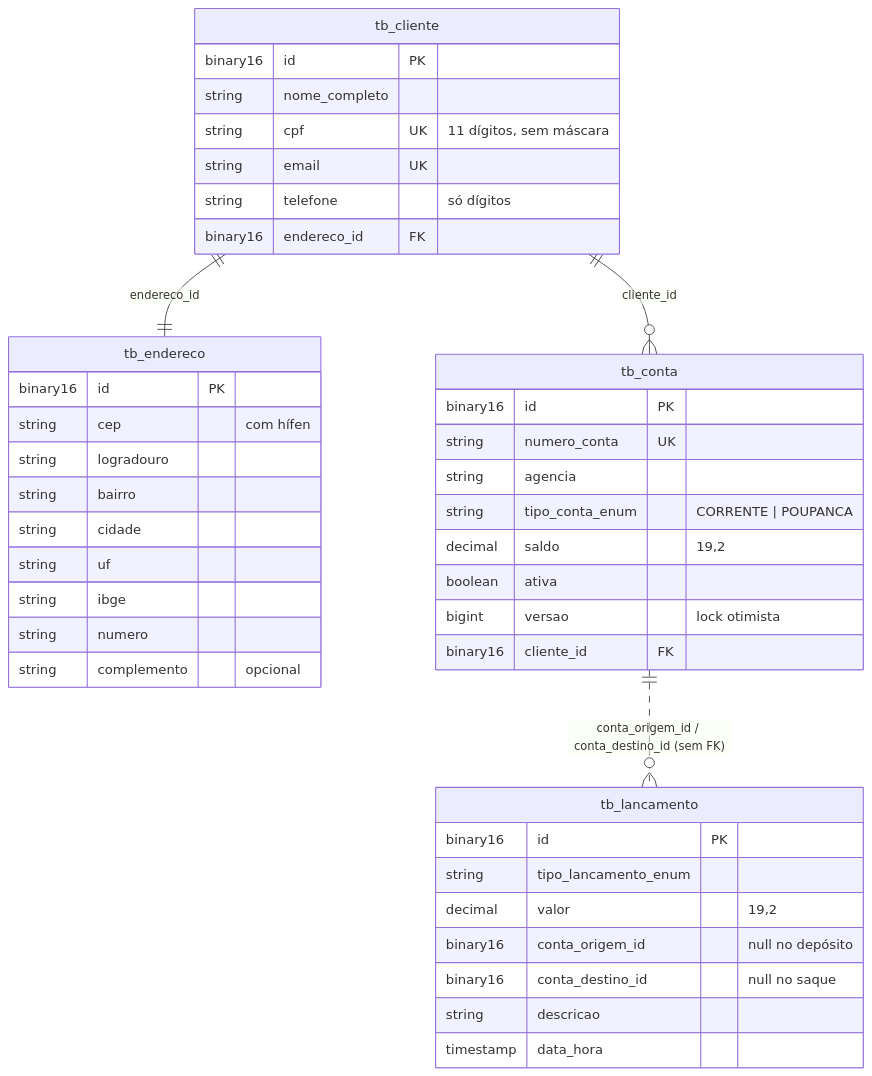
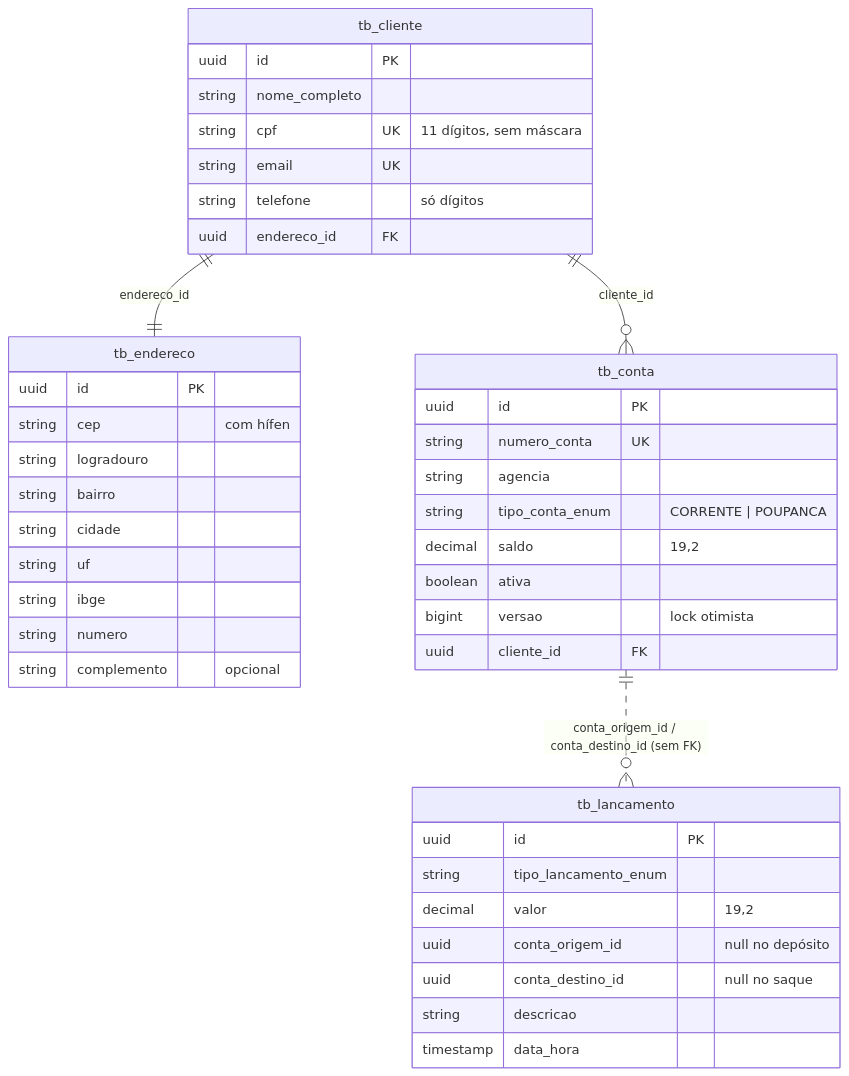
The diagram in backend/README.md (k3vinrich4rd/rkf_bank), drawn with Mermaid before and after one commit. The commit also changed other lines of this file and 21 other files, not shown here.

````diff
--- a/backend/README.md
+++ b/backend/README.md
@@ -258,45 +257,45 @@
 ```mermaid
 erDiagram
     tb_cliente ||--|| tb_endereco : "endereco_id"
     tb_cliente ||--o{ tb_conta : "cliente_id"
     tb_conta ||..o{ tb_lancamento : "conta_origem_id / conta_destino_id (sem FK)"
 
     tb_cliente {
-        binary16 id PK
+        uuid id PK
         string nome_completo
         string cpf UK "11 dígitos, sem máscara"
         string email UK
         string telefone "só dígitos"
-        binary16 endereco_id FK
+        uuid endereco_id FK
     }
     tb_endereco {
-        binary16 id PK
+        uuid id PK
         string cep "com hífen"
         string logradouro
         string bairro
         string cidade
         string uf
         string ibge
         string numero
         string complemento "opcional"
     }
     tb_conta {
-        binary16 id PK
+        uuid id PK
         string numero_conta UK
         string agencia
         string tipo_conta_enum "CORRENTE | POUPANCA"
         decimal saldo "19,2"
         boolean ativa
         bigint versao "lock otimista"
-        binary16 cliente_id FK
+        uuid cliente_id FK
     }
     tb_lancamento {
-        binary16 id PK
+        uuid id PK
         string tipo_lancamento_enum
         decimal valor "19,2"
-        binary16 conta_origem_id "null no depósito"
-        binary16 conta_destino_id "null no saque"
+        uuid conta_origem_id "null no depósito"
+        uuid conta_destino_id "null no saque"
         string descricao
         timestamp data_hora
     }
 ```
````
